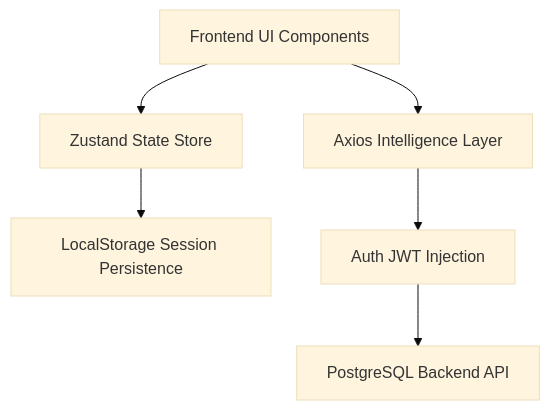
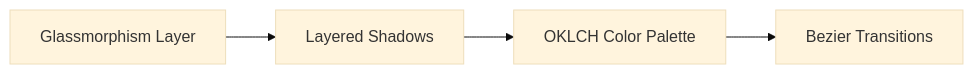
The first of 2 diagrams in frontend/README.md (Tanmay24-ya/FinDash), drawn with Mermaid (base theme) before and after one commit. The commit also changed other lines of this file and 1 other file, not shown here.

First line of the commit message:
docs: comprehensive infrastructure & testing manual with high-fidelity diagrams

````diff
--- a/frontend/README.md
+++ b/frontend/README.md
@@ -21,8 +10,6 @@
 ```mermaid
-graph TD
-    UI[Frontend UI Components] --> Store[Zustand State Store]
-    Store --> Persistence[LocalStorage Session Persistence]
-    UI --> API[Axios Intelligence Layer]
-    API --> Interceptor[Auth JWT Injection]
-    Interceptor --> Backend[PostgreSQL Backend API]
+graph LR
+    Glass[Glassmorphism Layer] --> Depth[Layered Shadows]
+    Depth --> Color[OKLCH Color Palette]
+    Color --> Animation[Bezier Transitions]
 ```
````
